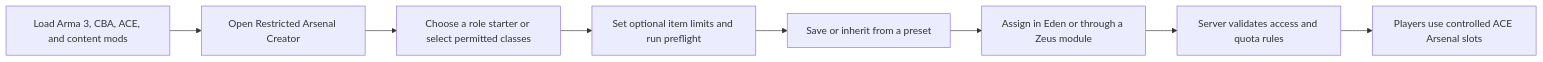
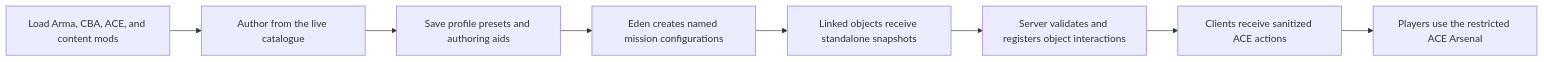
One commit to Black-Ops-2-543/Arma3_ACE_Arsenal_Creation_Tool changed the diagram in README.md. Above: the diagram before and after it, drawn with Mermaid. The commit also changed other lines of this file and 8 other files, not shown here.

````diff
--- a/README.md
+++ b/README.md
@@ -20,10 +65,10 @@
 ```mermaid
 flowchart LR
-    A[Load Arma 3, CBA, ACE, and content mods] --> B[Open Restricted Arsenal Creator]
-    B --> C[Choose a role starter or select permitted classes]
-    C --> D[Set optional item limits and run preflight]
-    D --> E[Save or inherit from a preset]
-    E --> F[Assign in Eden or through a Zeus module]
-    F --> G[Server validates access and quota rules]
-    G --> H[Players use controlled ACE Arsenal slots]
+    A[Load Arma, CBA, ACE, and content mods] --> B[Author from the live catalogue]
+    B --> C[Save profile presets and authoring aids]
+    C --> D[Eden creates named mission configurations]
+    D --> E[Linked objects receive standalone snapshots]
+    E --> F[Server validates and registers object interactions]
+    F --> G[Clients receive sanitized ACE actions]
+    G --> H[Players use the restricted ACE Arsenal]
 ```
````
